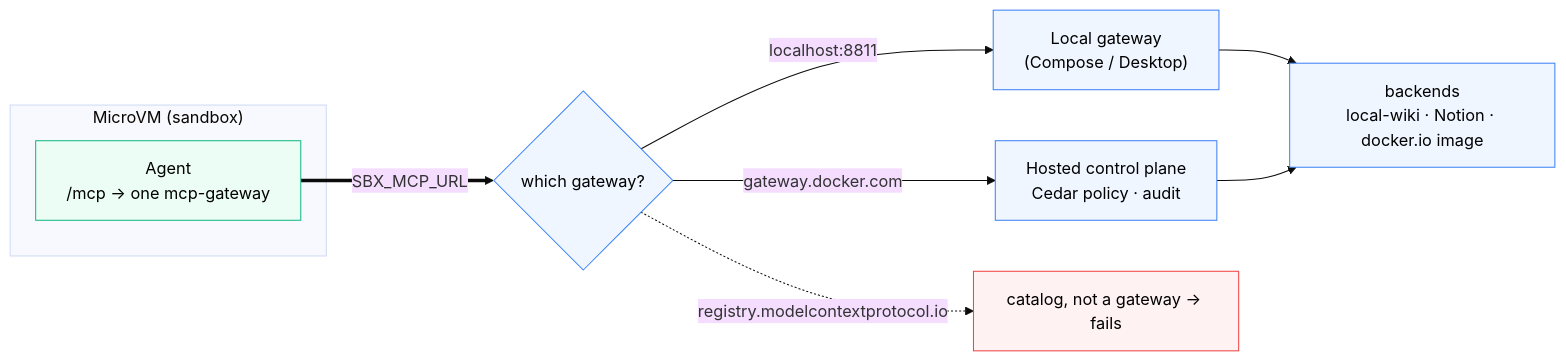
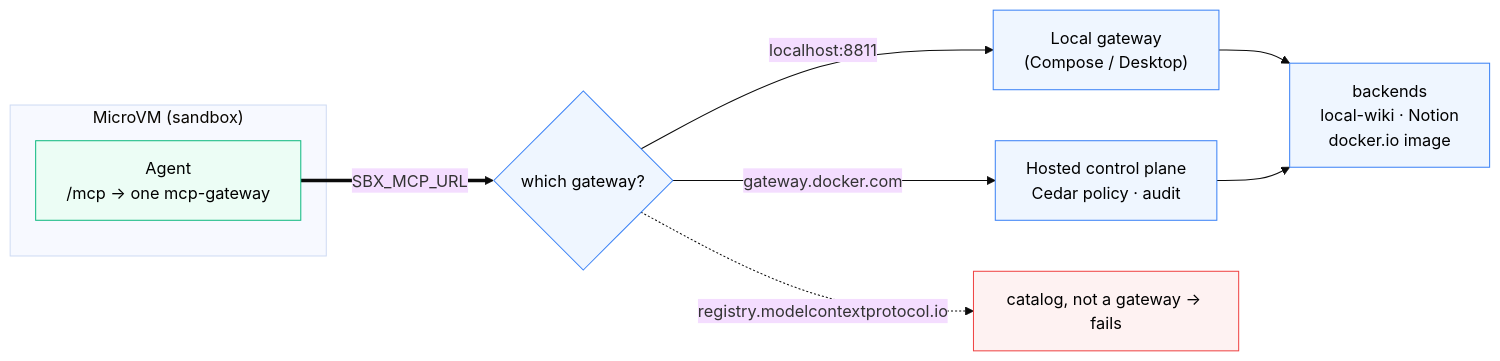
The first of 2 diagrams in labspace/06-mcp-hands-on.md (ajeetraina/labspace-docker-ai-governance), drawn with Mermaid (base theme) before and after one commit. The commit also changed 14 other files, not shown here.

First line of the commit message:
Fix diagram text overflow: wrap long labels, shorten wide subgraph titles

````diff
--- a/labspace/06-mcp-hands-on.md
+++ b/labspace/06-mcp-hands-on.md
@@ -3,19 +3,19 @@
 ```mermaid
 flowchart LR
     subgraph VM["MicroVM (sandbox)"]
         AGENT["Agent<br/>/mcp → one mcp-gateway"]
     end
     AGENT == "SBX_MCP_URL" ==> GW{"which gateway?"}
     GW -- "localhost:8811" --> LOCAL["Local gateway<br/>(Compose / Desktop)"]
     GW -- "gateway.docker.com" --> HOSTED["Hosted control plane<br/>Cedar policy · audit"]
-    LOCAL --> BE["backends<br/>local-wiki · Notion · docker.io image"]
+    LOCAL --> BE["backends<br/>local-wiki · Notion<br/>docker.io image"]
     HOSTED --> BE
     GW -. "registry.modelcontextprotocol.io" .-> BAD["catalog, not a gateway → fails"]
 
     classDef vm fill:#ecfdf5,stroke:#10b981,color:#000
     classDef gw fill:#eff6ff,stroke:#3b82f6,color:#000
     classDef bad fill:#fef2f2,stroke:#ef4444,color:#000
     class AGENT vm
     class LOCAL,HOSTED,GW,BE gw
     class BAD bad
 ```
````
